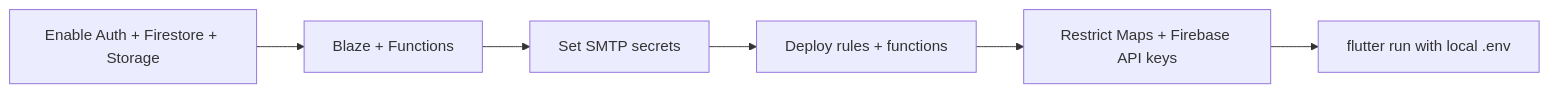
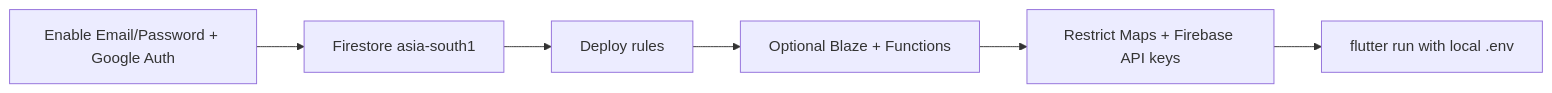
One commit to codecrafteryt/paanipe changed the tenth of 12 diagrams in README.md. Above: the diagram before and after it, drawn with Mermaid. The commit also changed other lines of this file and 17 other files, not shown here.

First line of the commit message:
feat: switch auth to Email/Password + Google on Firebase

````diff
--- a/README.md
+++ b/README.md
@@ -495,8 +482,8 @@
 ```mermaid
 flowchart LR
-  A[Enable Auth + Firestore + Storage] --> B[Blaze + Functions]
-  B --> C[Set SMTP secrets]
-  C --> D[Deploy rules + functions]
+  A[Enable Email/Password + Google Auth] --> B[Firestore asia-south1]
+  B --> C[Deploy rules]
+  C --> D[Optional Blaze + Functions]
   D --> E[Restrict Maps + Firebase API keys]
   E --> F[flutter run with local .env]
 ```
````
